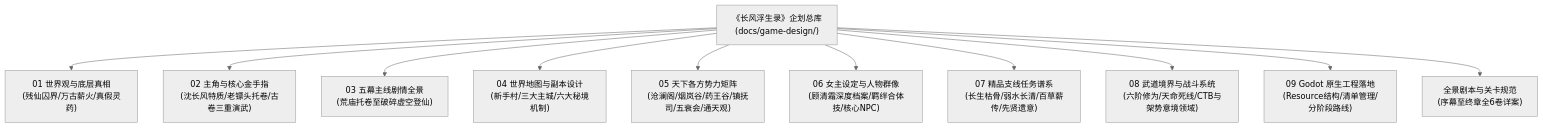
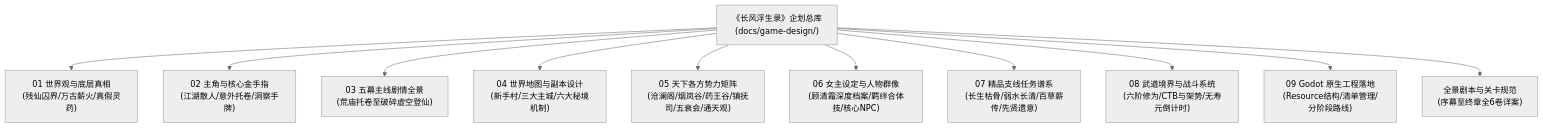
The diagram in docs/GAME_DESIGN_PROPOSAL.md (yup-21/game-dev), drawn with Mermaid (neutral theme) before and after one commit. The commit also changed other lines of this file and 42 other files, not shown here.

````diff
--- a/docs/GAME_DESIGN_PROPOSAL.md
+++ b/docs/GAME_DESIGN_PROPOSAL.md
@@ -13,14 +15,14 @@
 ```mermaid
 graph TD
     Root["《长风浮生录》企划总库\n(docs/game-design/)"]
     Root --> W["01 世界观与底层真相\n(残仙囚界/万古薪火/真假灵药)"]
-    Root --> P["02 主角与核心金手指\n(沈长风特质/老镖头托卷/古卷三重演武)"]
+    Root --> P["02 主角与核心金手指\n(江湖散人/意外托卷/洞察手牌)"]
     Root --> S["03 五幕主线剧情全景\n(荒庙托卷至破碎虚空登仙)"]
     Root --> M["04 世界地图与副本设计\n(新手村/三大主城/六大秘境机制)"]
     Root --> F["05 天下各方势力矩阵\n(沧澜阁/烟岚谷/药王谷/镇抚司/五衰会/通天观)"]
     Root --> C["06 女主设定与人物群像\n(顾清霜深度档案/羁绊合体技/核心NPC)"]
     Root --> Q["07 精品支线任务谱系\n(长生枯骨/弱水长清/百草薪传/先贤遗意)"]
-    Root --> B["08 武道境界与战斗系统\n(六阶修为/天命死线/CTB与架势意境领域)"]
+    Root --> B["08 武道境界与战斗系统\n(六阶修为/CTB与架势/无寿元倒计时)"]
     Root --> G["09 Godot 原生工程落地\n(Resource结构/清单管理/分阶段路线)"]
     Root --> Acts["全景剧本与关卡规范\n(序幕至终章全6卷详案)"]
 ```
````
